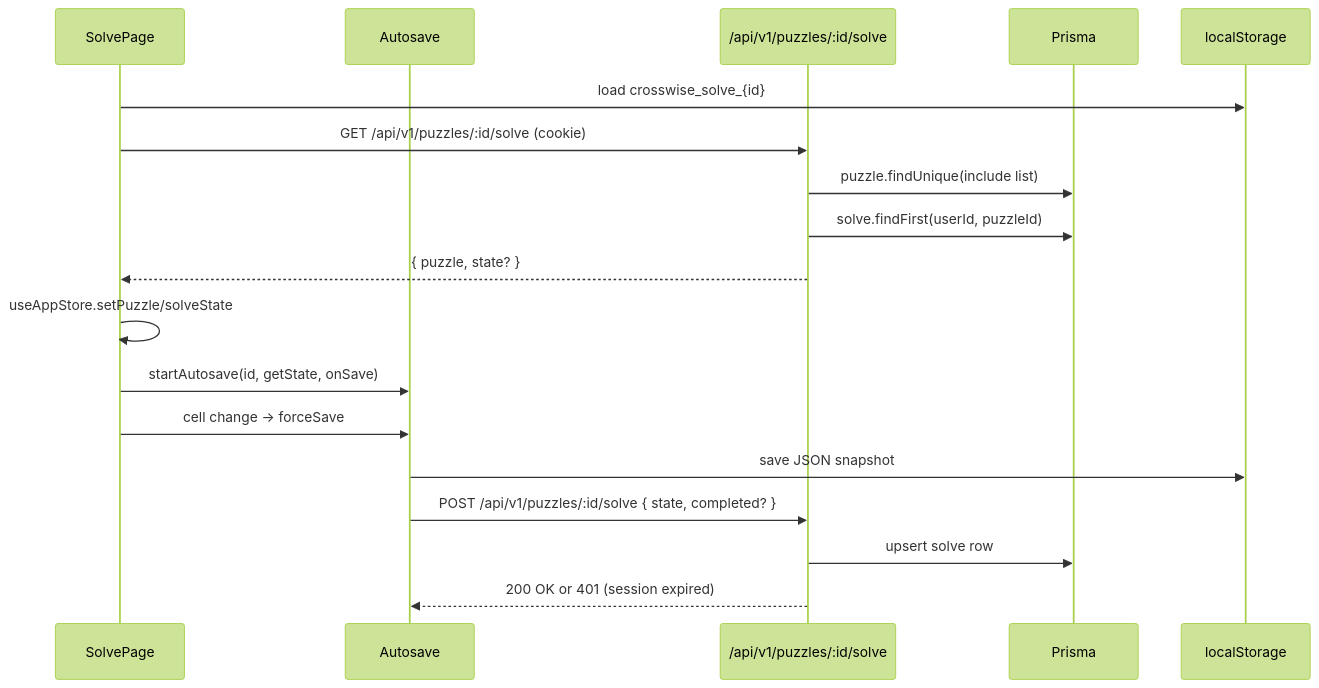
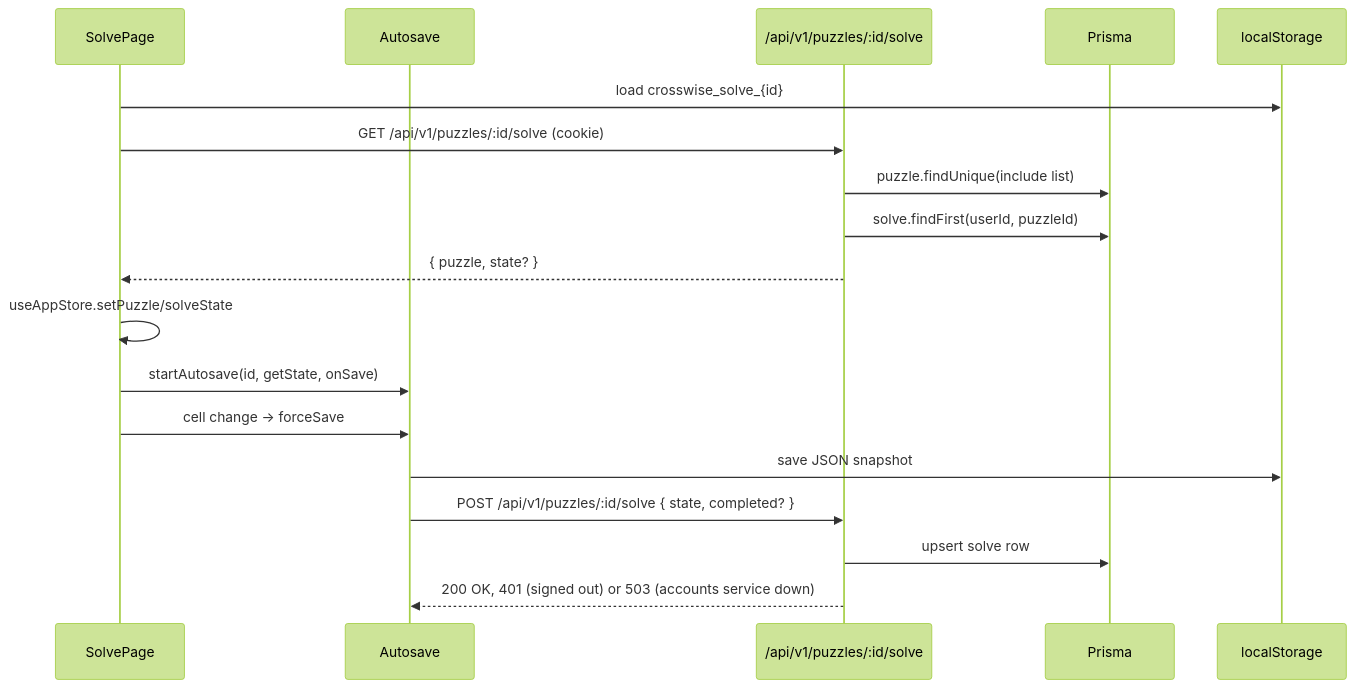
One commit to dragondad22/CrossWise changed the fourth of 4 diagrams in docs/data-flow.md. Above: the diagram before and after it, drawn with Mermaid (forest theme). The commit also changed other lines of this file and 73 other files, not shown here.

````diff
--- a/docs/data-flow.md
+++ b/docs/data-flow.md
@@ -75,21 +79,21 @@
 ```mermaid
 sequenceDiagram
     participant UI as SolvePage
     participant Autosave
     participant API as /api/v1/puzzles/:id/solve
     participant Prisma
     participant Storage as localStorage
 
     UI->>Storage: load crosswise_solve_{id}
     UI->>API: GET /api/v1/puzzles/:id/solve (cookie)
     API->>Prisma: puzzle.findUnique(include list)
     API->>Prisma: solve.findFirst(userId, puzzleId)
     API-->>UI: { puzzle, state? }
     UI->>UI: useAppStore.setPuzzle/solveState
     UI->>Autosave: startAutosave(id, getState, onSave)
     UI->>Autosave: cell change -> forceSave
     Autosave->>Storage: save JSON snapshot
     Autosave->>API: POST /api/v1/puzzles/:id/solve { state, completed? }
     API->>Prisma: upsert solve row
-    API-->>Autosave: 200 OK or 401 (session expired)
+    API-->>Autosave: 200 OK, 401 (signed out) or 503 (accounts service down)
 ```
````
